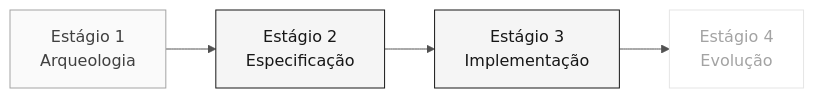
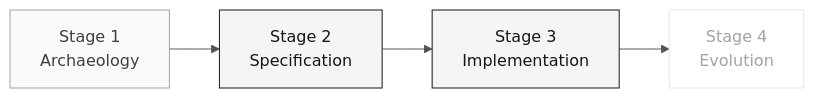
One commit to paulasilvatech/datacorp-mm-team-kit changed the diagram in 05-personas/04-software-architect/PERSONA.md. Above: the diagram before and after it, drawn with Mermaid. The commit also changed other lines of this file and 44 other files, not shown here.

````diff
--- a/05-personas/04-software-architect/PERSONA.md
+++ b/05-personas/04-software-architect/PERSONA.md
@@ -36,11 +36,11 @@
 ```mermaid
 %%{init: {'theme':'neutral','themeVariables':{'fontFamily':'ui-sans-serif, system-ui, sans-serif','primaryColor':'#F5F5F5','primaryTextColor':'#171717','primaryBorderColor':'#171717','lineColor':'#525252','secondaryColor':'#FFFFFF','tertiaryColor':'#FAFAFA','background':'#FFFFFF'}}}%%
 flowchart LR
     classDef active fill:#F5F5F5,stroke:#171717,color:#171717
     classDef support fill:#FAFAFA,stroke:#A3A3A3,color:#404040
     classDef inactive fill:#FFFFFF,stroke:#E5E5E5,color:#A3A3A3
 
-    E1["Estágio 1<br/>Arqueologia"]:::support --> E2["Estágio 2<br/>Especificação"]:::active
-    E2 --> E3["Estágio 3<br/>Implementação"]:::active
-    E3 --> E4["Estágio 4<br/>Evolução"]:::inactive
+    E1["Stage 1<br/>Archaeology"]:::support --> E2["Stage 2<br/>Specification"]:::active
+    E2 --> E3["Stage 3<br/>Implementation"]:::active
+    E3 --> E4["Stage 4<br/>Evolution"]:::inactive
 ```
````
